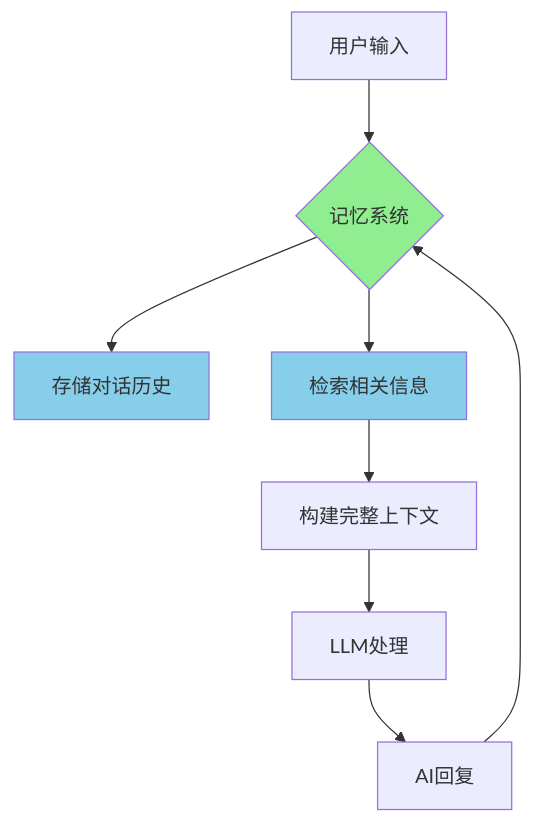
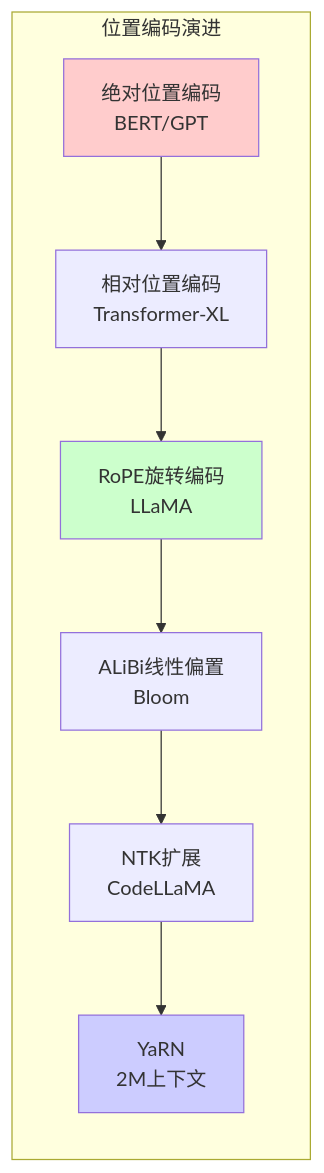
Before and after one commit to KingdeGuo/kingdeguo.github.io: the second of 4 diagrams in _posts/2025-07-18-demystifying-llm-memory.md, drawn with Mermaid. The commit also changed other lines of this file, not shown here.

````diff
--- a/_posts/2025-07-18-demystifying-llm-memory.md
+++ b/_posts/2025-07-18-demystifying-llm-memory.md
@@ -68,15 +198,14 @@
 ```mermaid
-%% 有记忆的工作流程
-graph TD
-    A[用户输入] --> B{记忆系统};
-    B --> C[存储对话历史];
-    B --> D[检索相关信息];
-    D --> E[构建完整上下文];
-    E --> F[LLM处理];
-    F --> G[AI回复];
-    G --> B;
+graph LR
+    subgraph "位置编码演进"
+        A[绝对位置编码<br/>BERT/GPT] --> B[相对位置编码<br/>Transformer-XL]
+        B --> C[RoPE旋转编码<br/>LLaMA]
+        C --> D[ALiBi线性偏置<br/>Bloom]
+        D --> E[NTK扩展<br/>CodeLLaMA]
+        E --> F[YaRN<br/>2M上下文]
+    end
     
-    style B fill:#90EE90
-    style C fill:#87CEEB
-    style D fill:#87CEEB
+    style A fill:#ffcccc
+    style C fill:#ccffcc
+    style F fill:#ccccff
 ```
````
